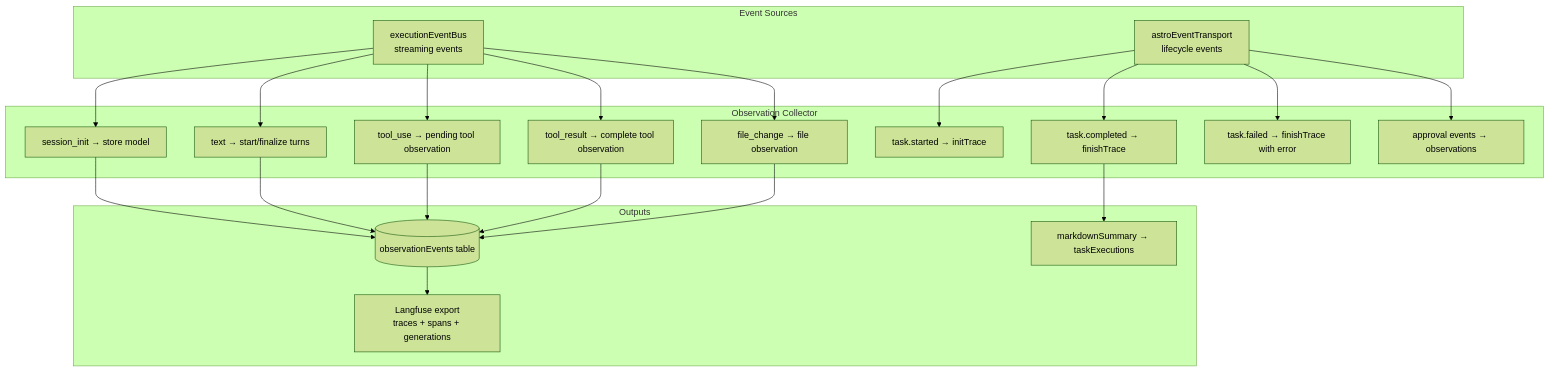
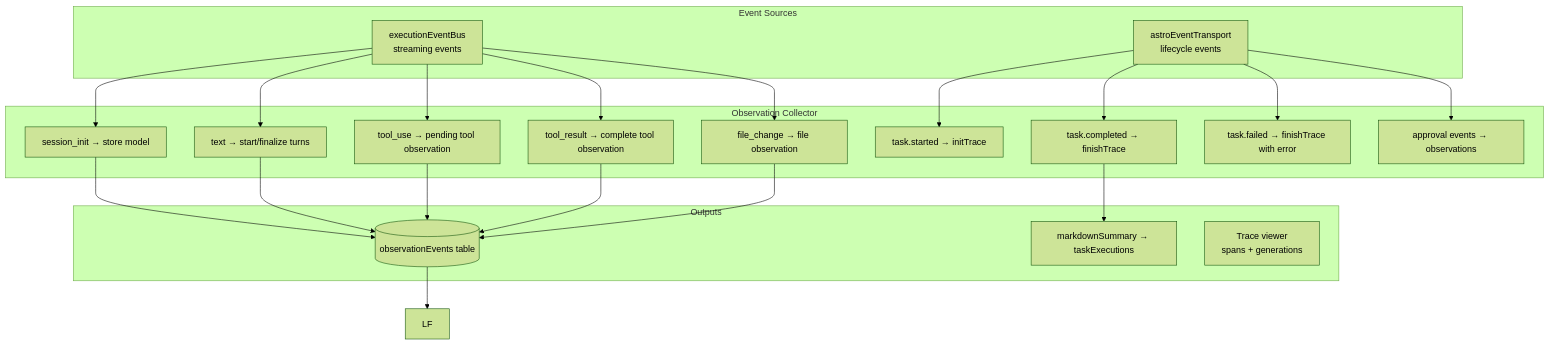
One commit to fuxialexander/astro changed the sixth of 7 diagrams in docs/design/OBSERVABILITY.md. Above: the diagram before and after it, drawn with Mermaid (forest theme). The commit also changed other lines of this file and 4 other files, not shown here.

````diff
--- a/docs/design/OBSERVABILITY.md
+++ b/docs/design/OBSERVABILITY.md
@@ -199,33 +199,33 @@
 ```mermaid
 flowchart TD
     subgraph "Event Sources"
         EE[executionEventBus<br/>streaming events]
         LE[astroEventTransport<br/>lifecycle events]
     end
 
     subgraph "Observation Collector"
         SI[session_init → store model]
         TX[text → start/finalize turns]
         TU[tool_use → pending tool observation]
         TR[tool_result → complete tool observation]
         FC[file_change → file observation]
 
         TS[task.started → initTrace]
         TC[task.completed → finishTrace]
         TF[task.failed → finishTrace with error]
         AR[approval events → observations]
     end
 
     subgraph "Outputs"
         OE[(observationEvents table)]
         MS[markdownSummary → taskExecutions]
-        LF[Langfuse export<br/>traces + spans + generations]
+        TV[Trace viewer<br/>spans + generations]
     end
 
     EE --> SI & TX & TU & TR & FC
     LE --> TS & TC & TF & AR
 
     SI & TX & TU & TR & FC --> OE
     TC --> MS
     OE --> LF
 ```
````
